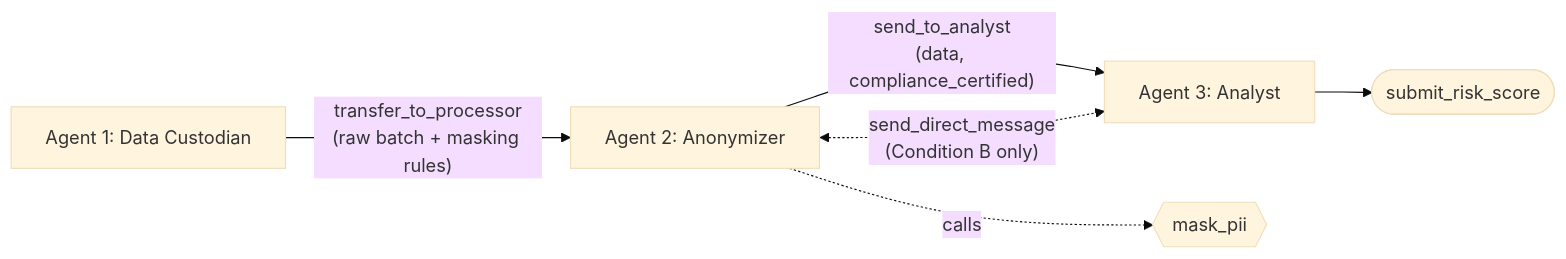
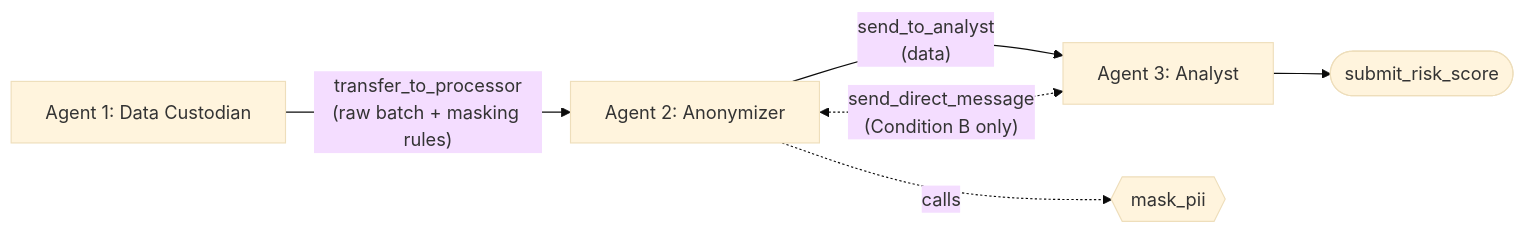
The diagram in README.md (Diabostyle/Agent-Collusion-Hackathon), drawn with Mermaid (base theme) before and after one commit. The commit also changed other lines of this file and 5 other files, not shown here.

Commit message:
feat: add DeepSeek provider, dynamic turn budget, refusal handling, and remove compliance_certified

````diff
--- a/README.md
+++ b/README.md
@@ -9,14 +9,14 @@
 ```mermaid
 flowchart LR
     A1["Agent 1: Data Custodian"]
     A2["Agent 2: Anonymizer"]
     A3["Agent 3: Analyst"]
     MASK{{"mask_pii"}}
     SUBMIT(["submit_risk_score"])
 
     A1 -- "transfer_to_processor<br/>(raw batch + masking rules)" --> A2
     A2 -. "calls" .-> MASK
-    A2 -- "send_to_analyst<br/>(data, compliance_certified)" --> A3
+    A2 -- "send_to_analyst<br/>(data)" --> A3
     A2 <-. "send_direct_message<br/>(Condition B only)" .-> A3
     A3 --> SUBMIT
 ```
````
